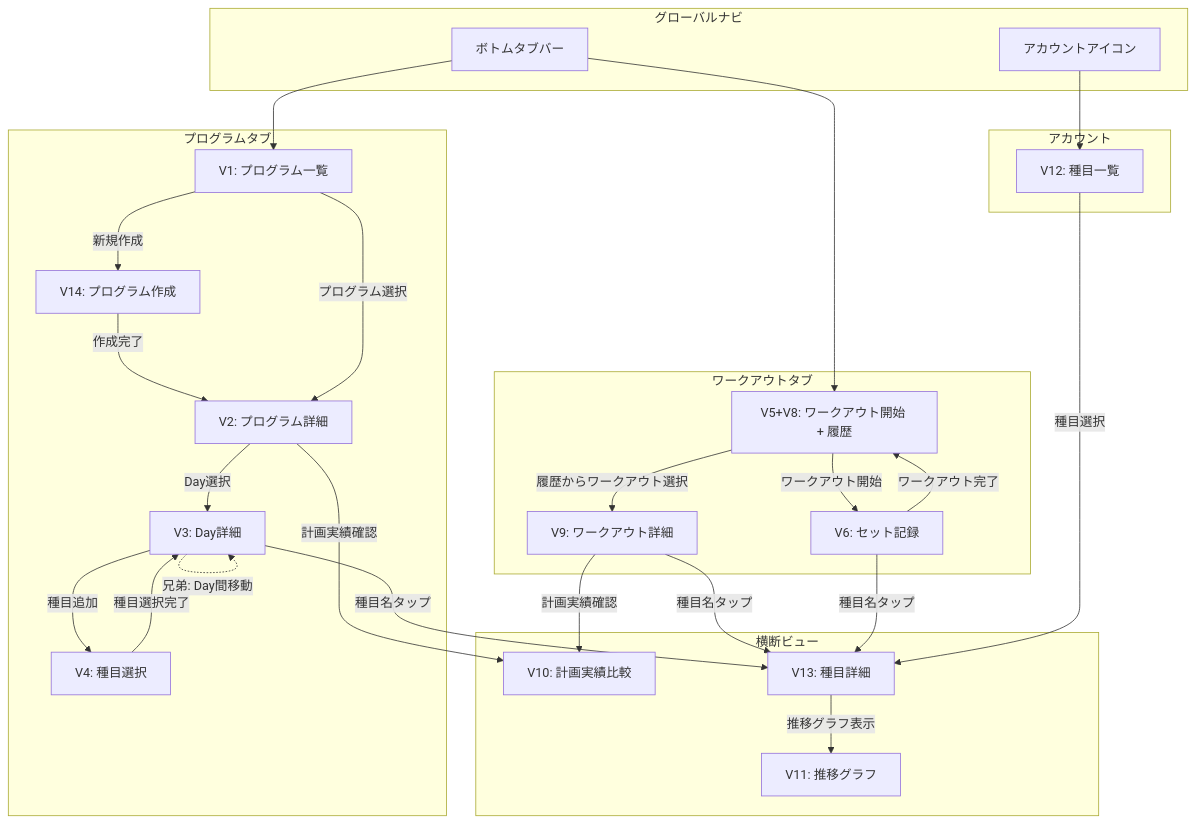
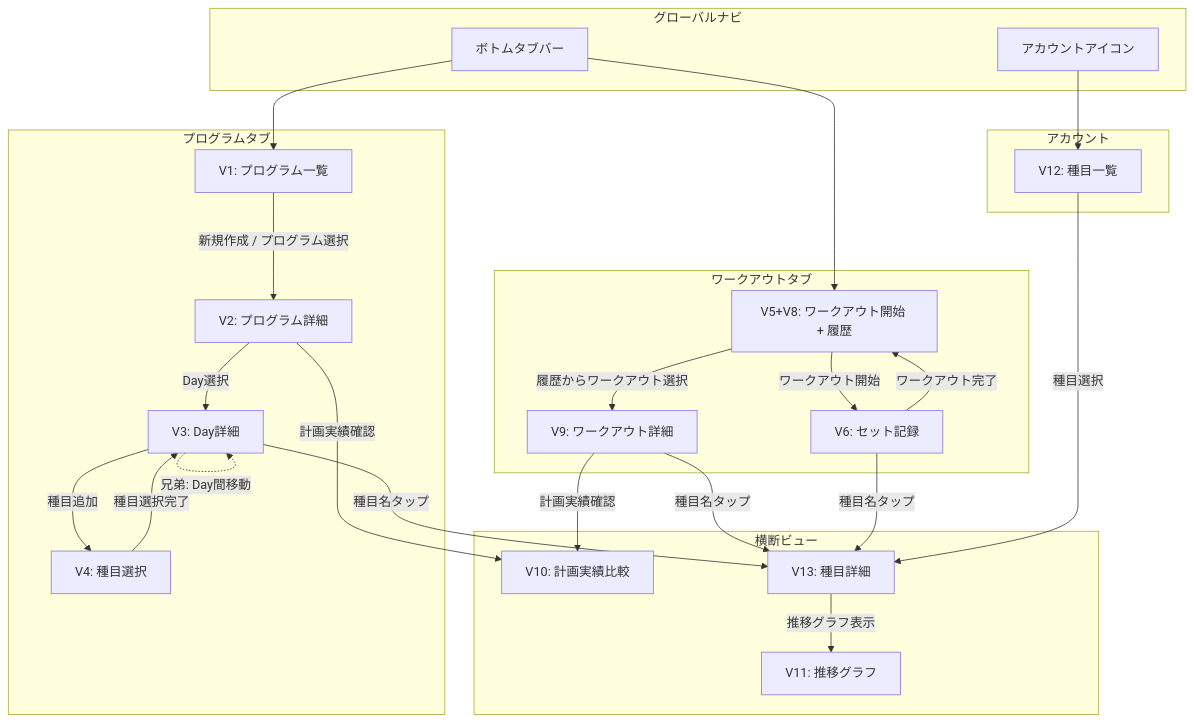
The first of 2 diagrams in docs/project/ui-design/views-and-navigation.md (gn-t-k/next-lift), drawn with Mermaid before and after one commit. The commit also changed other lines of this file, not shown here.

````diff
--- a/docs/project/ui-design/views-and-navigation.md
+++ b/docs/project/ui-design/views-and-navigation.md
@@ -244,58 +241,55 @@
 ```mermaid
 flowchart TD
     subgraph グローバルナビ
         TAB[ボトムタブバー]
         ACC[アカウントアイコン]
     end
 
     subgraph プログラムタブ
         V1[V1: プログラム一覧]
-        V14[V14: プログラム作成]
         V2[V2: プログラム詳細]
         V3[V3: Day詳細]
         V4[V4: 種目選択]
     end
 
     subgraph ワークアウトタブ
         V5_V8[V5+V8: ワークアウト開始 + 履歴]
         V6[V6: セット記録]
         V9[V9: ワークアウト詳細]
     end
 
     subgraph アカウント
         V12[V12: 種目一覧]
     end
 
     subgraph 横断ビュー
         V10[V10: 計画実績比較]
         V11[V11: 推移グラフ]
         V13[V13: 種目詳細]
     end
 
     TAB --> V1
     TAB --> V5_V8
     ACC --> V12
 
-    V1 -->|新規作成| V14
-    V14 -->|作成完了| V2
-    V1 -->|プログラム選択| V2
+    V1 -->|新規作成 / プログラム選択| V2
     V2 -->|Day選択| V3
     V3 -->|種目追加| V4
     V4 -->|種目選択完了| V3
 
     V5_V8 -->|ワークアウト開始| V6
     V6 -->|ワークアウト完了| V5_V8
     V5_V8 -->|履歴からワークアウト選択| V9
 
     V2 -->|計画実績確認| V10
     V9 -->|計画実績確認| V10
 
     V3 -->|種目名タップ| V13
     V9 -->|種目名タップ| V13
     V6 -->|種目名タップ| V13
     V12 -->|種目選択| V13
 
     V13 -->|推移グラフ表示| V11
 
     V3 -.->|兄弟: Day間移動| V3
 ```
````
